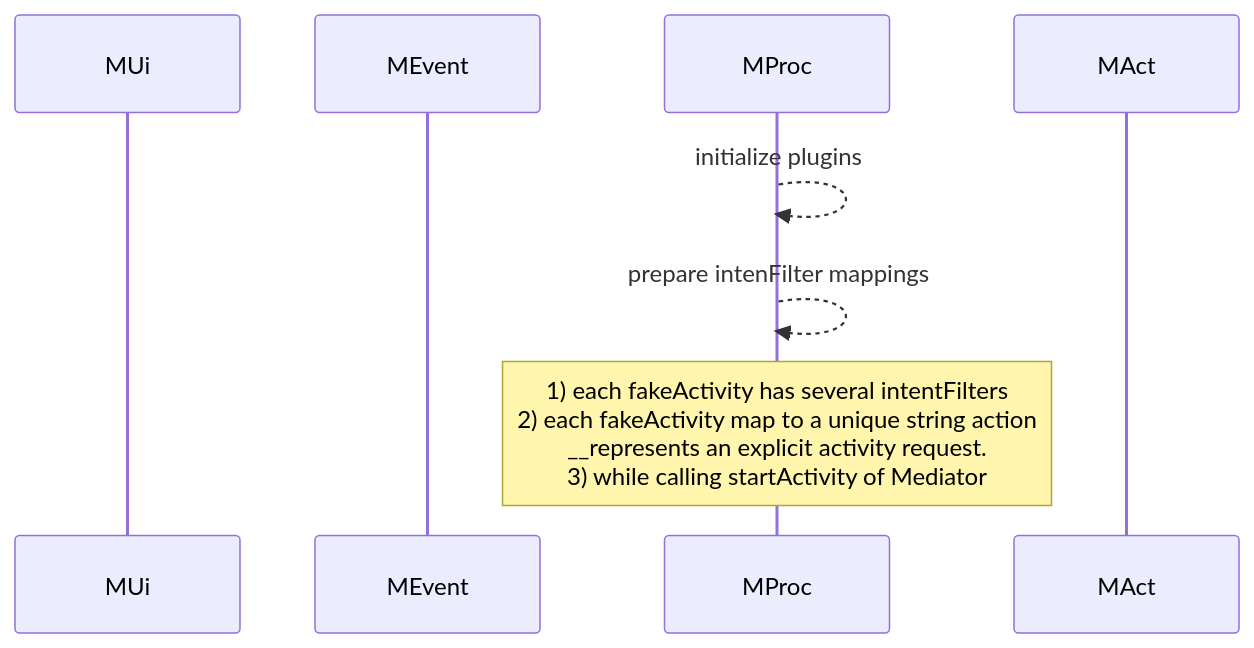
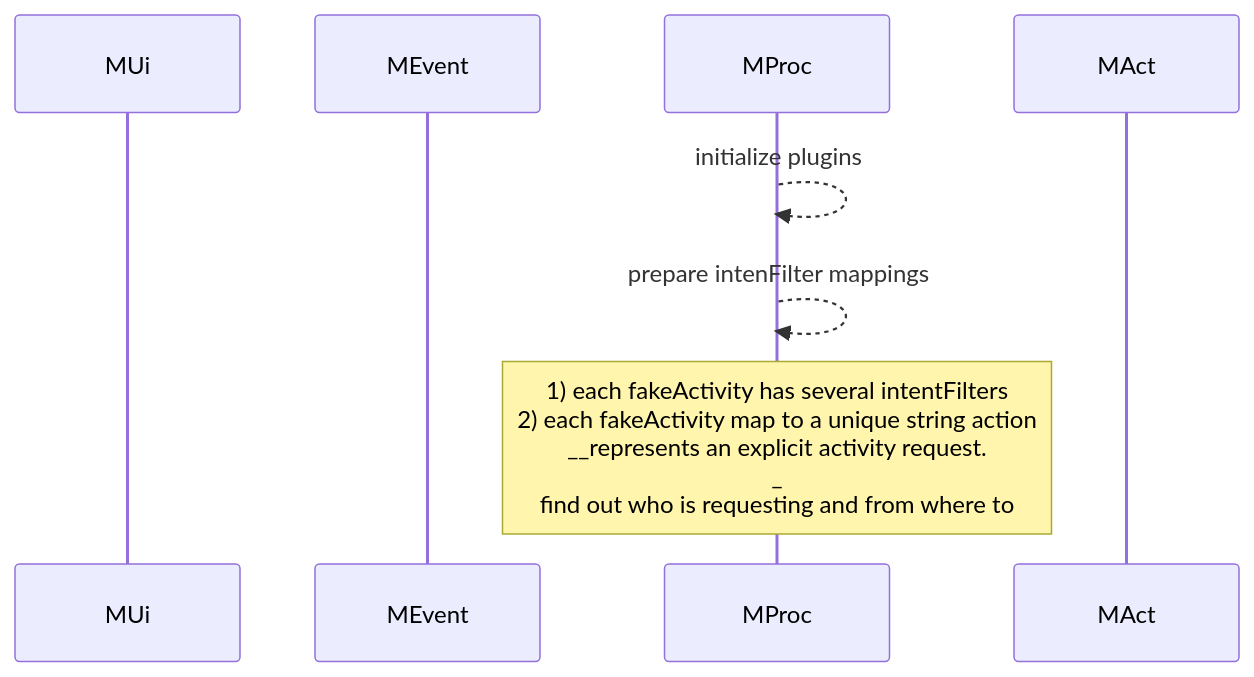
One commit to gordianknotC/nxp_note changed the third of 6 diagrams in flutter/android_to_flutter.md. Above: the diagram before and after it, drawn with Mermaid. The commit also changed other lines of this file, not shown here.

````diff
--- a/flutter/android_to_flutter.md
+++ b/flutter/android_to_flutter.md
@@ -50,11 +50,11 @@
 ```mermaid
 sequenceDiagram
 participant MUi
 participant MEvent
 participant MProc
 participant MAct
 
 MProc-->>MProc: initialize plugins
 MProc-->>MProc: prepare intenFilter mappings
-Note over MProc: 1) each fakeActivity has several intentFilters<br>2) each fakeActivity map to a unique string action<br>__represents an explicit activity request.<br>3) while calling startActivity of Mediator
+Note over MProc: 1) each fakeActivity has several intentFilters<br>2) each fakeActivity map to a unique string action<br>__represents an explicit activity request.<br>_<br> find out who is requesting and from where to 
 ```
````
